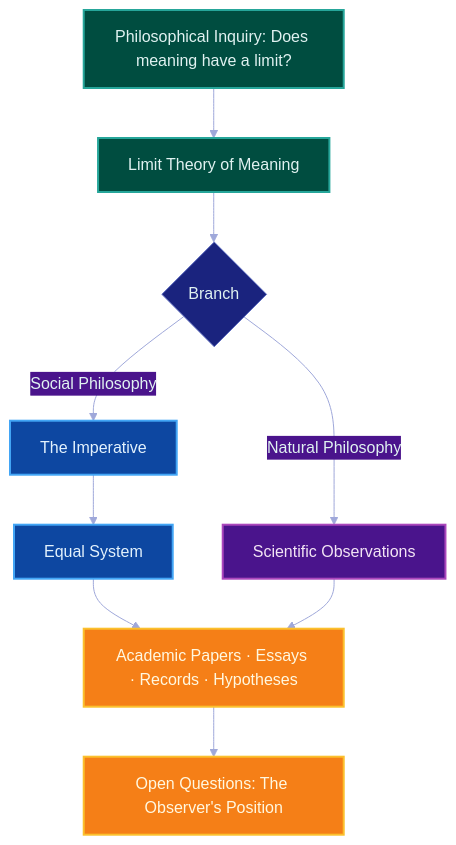
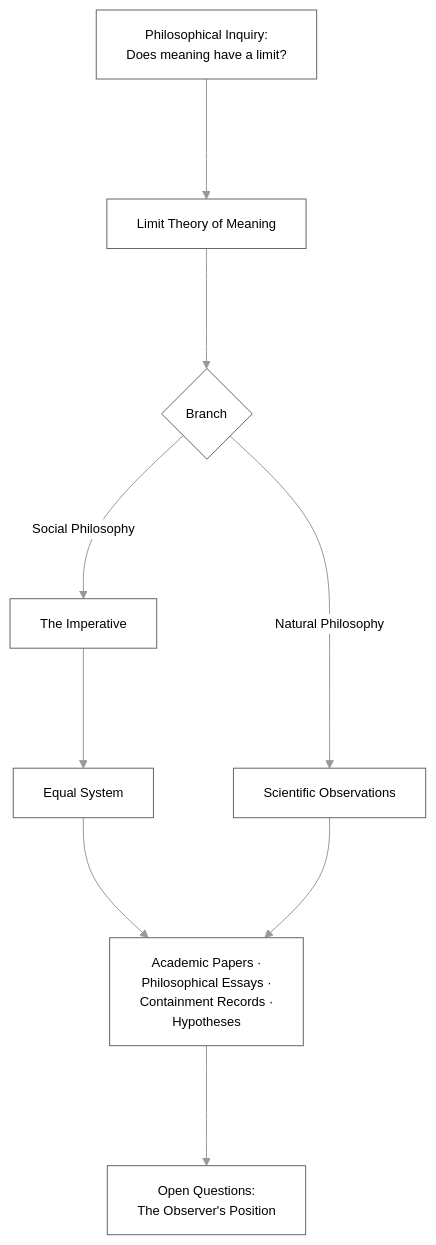
The first of 2 diagrams in README.md (maxlanceund/equal-system), drawn with Mermaid before and after one commit. The commit also changed other lines of this file, not shown here.

````diff
--- a/README.md
+++ b/README.md
@@ -30,28 +30,12 @@
 ```mermaid
-%%{init: {'theme': 'base', 'themeVariables': {
-    'primaryColor': '#1a237e',
-    'primaryTextColor': '#e8eaf6',
-    'primaryBorderColor': '#5c6bc0',
-    'lineColor': '#9fa8da',
-    'secondaryColor': '#4a148c',
-    'tertiaryColor': '#f9a825'
-}}}%%
-graph TD
-    A[Philosophical Inquiry: Does meaning have a limit?] --> B[Limit Theory of Meaning]
+%%{init: {'theme': 'base', 'themeVariables': {'fontSize': '13px', 'primaryColor': '#fff','primaryTextColor': '#000','primaryBorderColor': '#666','lineColor': '#999'}, 'flowchart': {'nodeSpacing': 80, 'rankSpacing': 120}}}%%
+flowchart TD
+    A["Philosophical Inquiry:<br>Does meaning have a limit?"] --> B["Limit Theory of Meaning"]
     B --> C{Branch}
-    C -->|Social Philosophy| D[The Imperative]
-    D --> E[Equal System]
-    C -->|Natural Philosophy| F[Scientific Observations]
-    E --> G[Academic Papers · Essays · Records · Hypotheses]
+    C -->|Social Philosophy| D["The Imperative"]
+    D --> E["Equal System"]
+    C -->|Natural Philosophy| F["Scientific Observations"]
+    E --> G["Academic Papers ·<br>Philosophical Essays ·<br>Containment Records ·<br>Hypotheses"]
     F --> G
-    G --> H[Open Questions: The Observer's Position]
-
-    classDef social fill:#0d47a1,stroke:#42a5f5,stroke-width:2px,color:#e3f2fd;
-    classDef natural fill:#4a148c,stroke:#ab47bc,stroke-width:2px,color:#f3e5f5;
-    classDef merge fill:#f57f17,stroke:#fbc02d,stroke-width:2px,color:#fff8e1;
-    classDef root fill:#004d40,stroke:#26a69a,stroke-width:2px,color:#e0f2f1;
-    class A,B root;
-    class D,E social;
-    class F natural;
-    class G,H merge;
+    G --> H["Open Questions:<br>The Observer's Position"]
 ```
````
